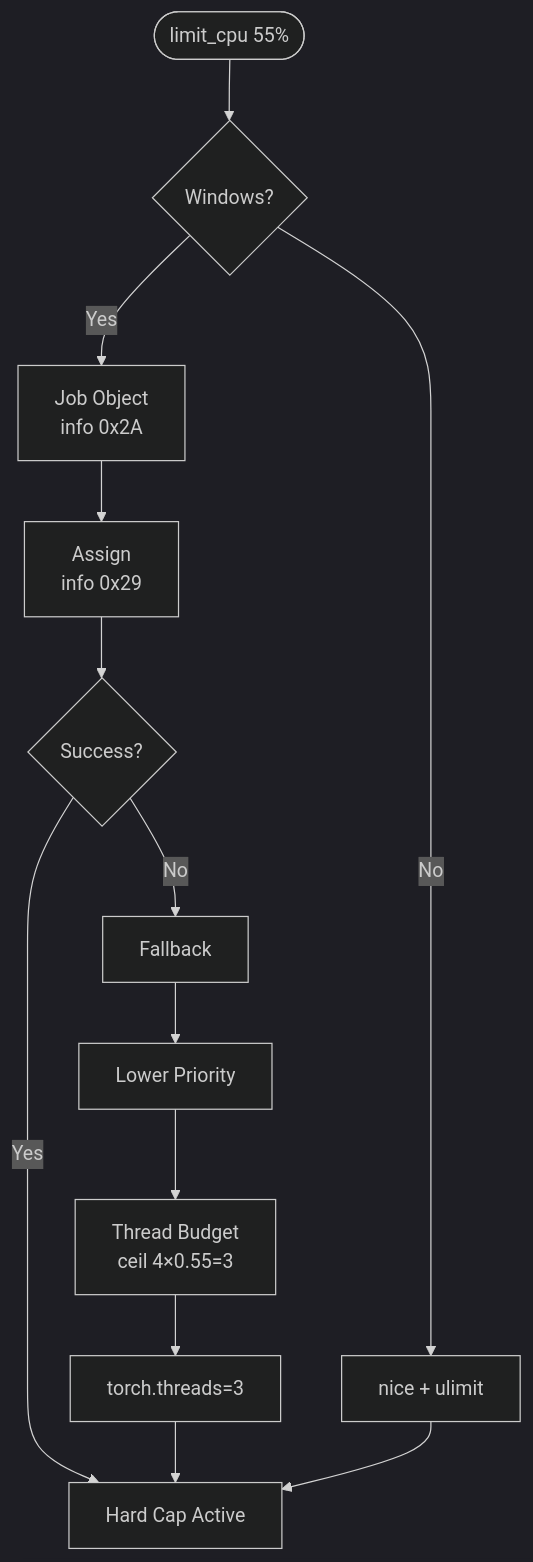
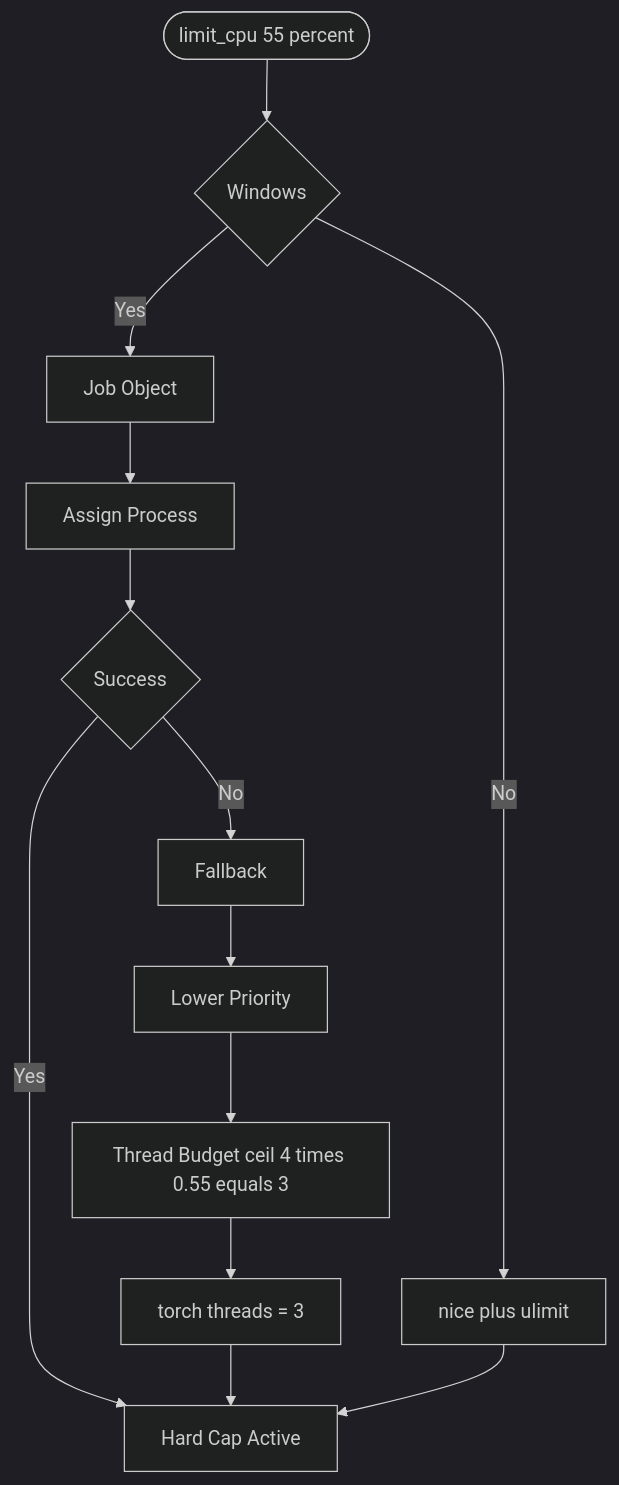
One commit to rbkhan007/Photato-Phi-3-Custom-Model changed the eighth of 14 diagrams in README.md. Above: the diagram before and after it, drawn with Mermaid (dark theme). The commit also changed other lines of this file, not shown here.

Commit message:
fix Training Pipeline mermaid diagram rendering

````diff
--- a/README.md
+++ b/README.md
@@ -675,15 +721,15 @@
 ```mermaid
 flowchart TD
-    START([limit_cpu 55%]) --> WIN{Windows?}
-    WIN -->|Yes| JOB[Job Object<br/>info 0x2A]
-    JOB --> ASSIGN[Assign<br/>info 0x29]
-    ASSIGN --> CHECK{Success?}
-    CHECK -->|Yes| DONE[Hard Cap Active]
-    CHECK -->|No| FALL[Fallback]
-    FALL --> PRIO[Lower Priority]
-    PRIO --> THREAD[Thread Budget<br/>ceil 4×0.55=3]
-    THREAD --> TORCH[torch.threads=3]
+    START(["limit_cpu 55 percent"]) --> WIN{"Windows"}
+    WIN -->|Yes| JOB["Job Object"]
+    JOB --> ASSIGN["Assign Process"]
+    ASSIGN --> CHECK{"Success"}
+    CHECK -->|Yes| DONE["Hard Cap Active"]
+    CHECK -->|No| FALL["Fallback"]
+    FALL --> PRIO["Lower Priority"]
+    PRIO --> THREAD["Thread Budget ceil 4 times 0.55 equals 3"]
+    THREAD --> TORCH["torch threads = 3"]
     TORCH --> DONE
-    WIN -->|No| POSIX[nice + ulimit]
+    WIN -->|No| POSIX["nice plus ulimit"]
     POSIX --> DONE
 ```
````
